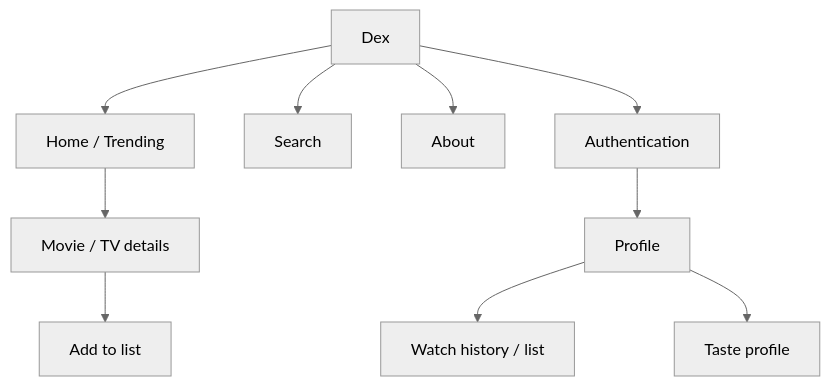
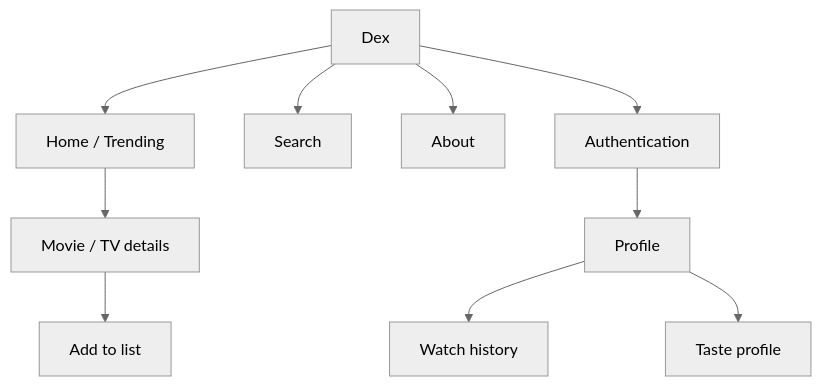
One commit to Shreyas-patil07/Dex changed the diagram in docs/05_UI_Design_Brief.md. Above: the diagram before and after it, drawn with Mermaid (neutral theme). The commit also changed other lines of this file and 20 other files, not shown here.

````diff
--- a/docs/05_UI_Design_Brief.md
+++ b/docs/05_UI_Design_Brief.md
@@ -21,12 +21,12 @@
 ```mermaid
 flowchart TD
     A[Dex] --> B[Home / Trending]
     A --> C[Search]
     A --> D[About]
     A --> E[Authentication]
     B --> F[Movie / TV details]
     F --> G[Add to list]
     E --> H[Profile]
-    H --> I[Watch history / list]
+    H --> I[Watch history]
     H --> J[Taste profile]
 ```
````
